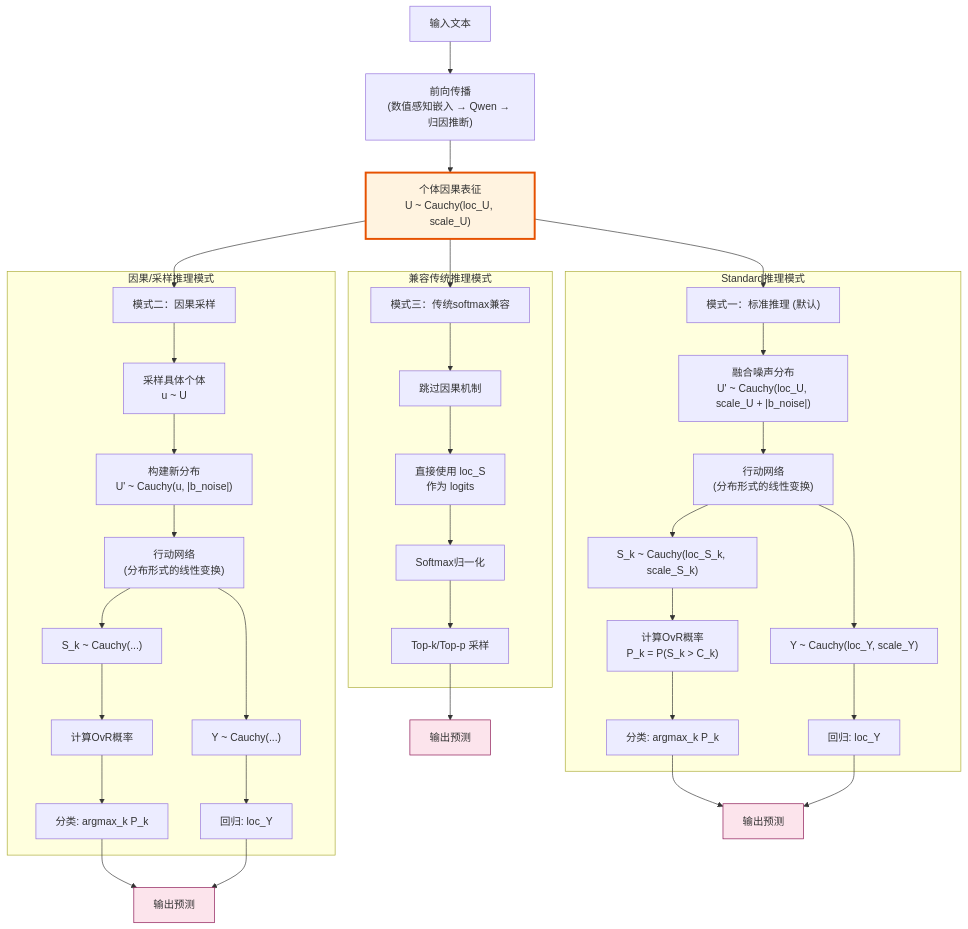
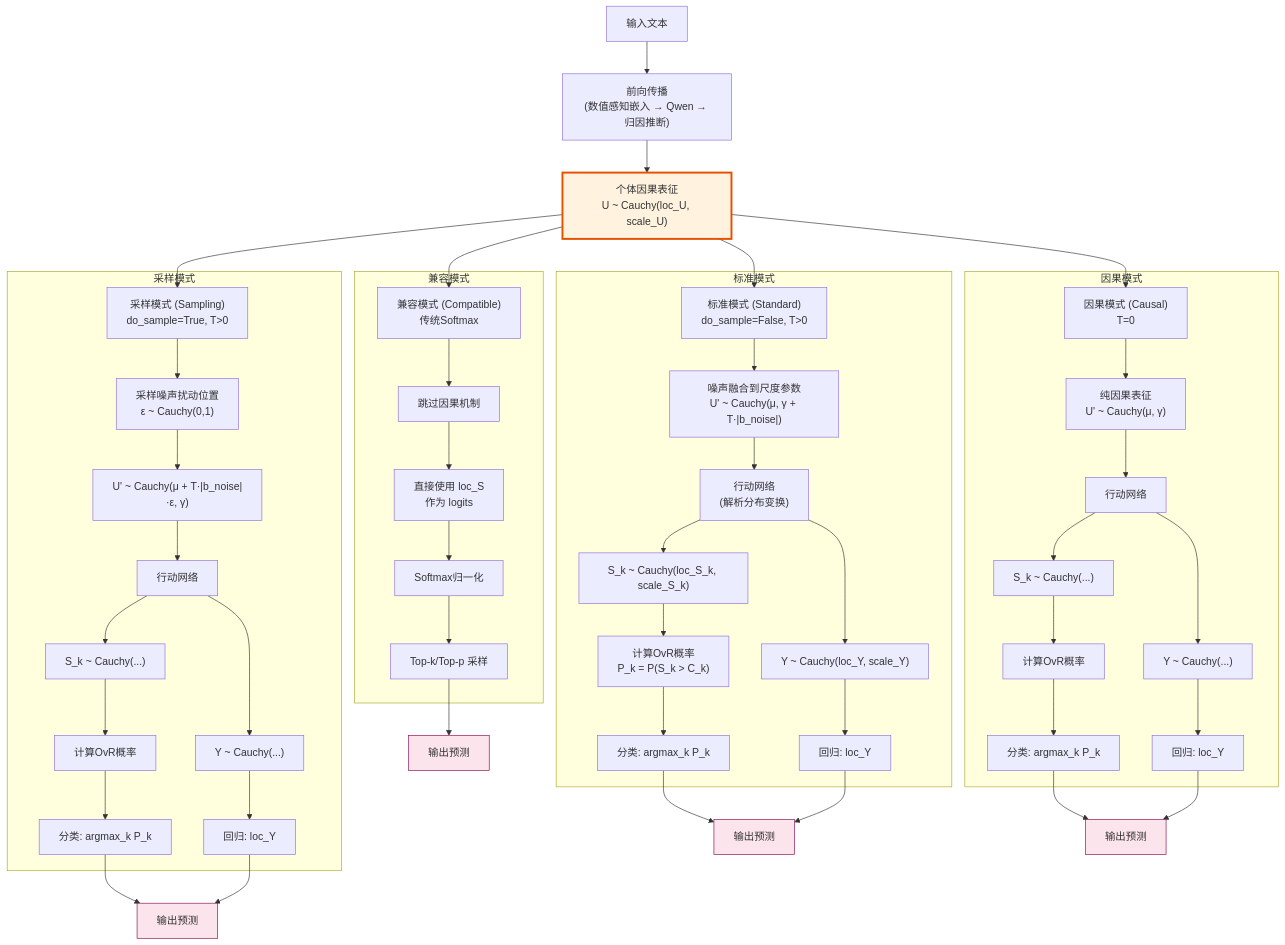
One commit to 1587causalai/CausalQwen changed the fourth of 9 diagrams in docs/core_mathematical_framework_num_extended.md. Above: the diagram before and after it, drawn with Mermaid. The commit also changed other lines of this file and 4 other files, not shown here.

````diff
--- a/docs/core_mathematical_framework_num_extended.md
+++ b/docs/core_mathematical_framework_num_extended.md
@@ -453,46 +428,59 @@
 ```mermaid
 graph TB
     Start["输入文本"] --> Forward["前向传播<br>(数值感知嵌入 → Qwen → 归因推断)"]
     Forward --> U["个体因果表征<br>U ~ Cauchy(loc_U, scale_U)"]
     
-    U --> Mode1["模式一：标准推理 (默认)"]
-    U --> Mode2["模式二：因果采样"]
-    U --> Mode3["模式三：传统softmax兼容"]
+    U --> Mode1["标准模式 (Standard)<br>do_sample=False, T>0"]
+    U --> Mode2["采样模式 (Sampling)<br>do_sample=True, T>0"]
+    U --> Mode3["因果模式 (Causal)<br>T=0"]
+    U --> Mode4["兼容模式 (Compatible)<br>传统Softmax"]
     
-    subgraph "Standard推理模式"
-        Mode1 --> Noise1["融合噪声分布<br>U' ~ Cauchy(loc_U, scale_U + |b_noise|)"]
-        Noise1 --> Action1["行动网络<br>(分布形式的线性变换)"]
+    subgraph "标准模式"
+        Mode1 --> Noise1["噪声融合到尺度参数<br>U' ~ Cauchy(μ, γ + T·|b_noise|)"]
+        Noise1 --> Action1["行动网络<br>(解析分布变换)"]
         Action1 --> S1["S_k ~ Cauchy(loc_S_k, scale_S_k)"]
         Action1 --> Y1["Y ~ Cauchy(loc_Y, scale_Y)"]
         S1 --> OvR1["计算OvR概率<br>P_k = P(S_k > C_k)"]
         OvR1 --> Cls1["分类: argmax_k P_k"]
         Y1 --> Reg1["回归: loc_Y"]
     end
     
-    subgraph "因果/采样推理模式"
-        Mode2 --> Sample2["采样具体个体<br>u ~ U"]
-        Sample2 --> Noise2["构建新分布<br>U' ~ Cauchy(u, |b_noise|)"]
-        Noise2 --> Action2["行动网络<br>(分布形式的线性变换)"]
+    subgraph "采样模式"
+        Mode2 --> Sample2["采样噪声扰动位置<br>ε ~ Cauchy(0,1)"]
+        Sample2 --> Noise2["U' ~ Cauchy(μ + T·|b_noise|·ε, γ)"]
+        Noise2 --> Action2["行动网络"]
         Action2 --> S2["S_k ~ Cauchy(...)"]
         Action2 --> Y2["Y ~ Cauchy(...)"]
         S2 --> OvR2["计算OvR概率"]
         OvR2 --> Cls2["分类: argmax_k P_k"]
         Y2 --> Reg2["回归: loc_Y"]
     end
     
-    subgraph "兼容传统推理模式"
-        Mode3 --> Skip3["跳过因果机制"]
-        Skip3 --> Logits3["直接使用 loc_S<br>作为 logits"]
-        Logits3 --> Softmax3["Softmax归一化"]
-        Softmax3 --> TopK3["Top-k/Top-p 采样"]
+    subgraph "因果模式"
+        Mode3 --> Pure3["纯因果表征<br>U' ~ Cauchy(μ, γ)"]
+        Pure3 --> Action3["行动网络"]
+        Action3 --> S3["S_k ~ Cauchy(...)"]
+        Action3 --> Y3["Y ~ Cauchy(...)"]
+        S3 --> OvR3["计算OvR概率"]
+        OvR3 --> Cls3["分类: argmax_k P_k"]
+        Y3 --> Reg3["回归: loc_Y"]
+    end
+    
+    subgraph "兼容模式"
+        Mode4 --> Skip4["跳过因果机制"]
+        Skip4 --> Logits4["直接使用 loc_S<br>作为 logits"]
+        Logits4 --> Softmax4["Softmax归一化"]
+        Softmax4 --> TopK4["Top-k/Top-p 采样"]
     end
     
     Cls1 & Reg1 --> Output1["输出预测"]
     Cls2 & Reg2 --> Output2["输出预测"]
-    TopK3 --> Output3["输出预测"]
+    Cls3 & Reg3 --> Output3["输出预测"]
+    TopK4 --> Output4["输出预测"]
     
     style U fill:#fff3e0,stroke:#e65100,stroke-width:3px
     style Output1 fill:#fce4ec,stroke:#880e4f
     style Output2 fill:#fce4ec,stroke:#880e4f
     style Output3 fill:#fce4ec,stroke:#880e4f
+    style Output4 fill:#fce4ec,stroke:#880e4f
 ```
````
